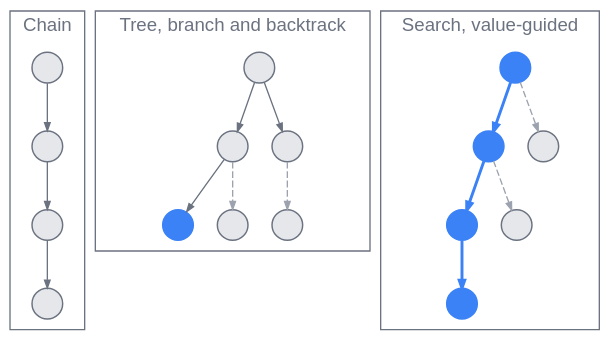
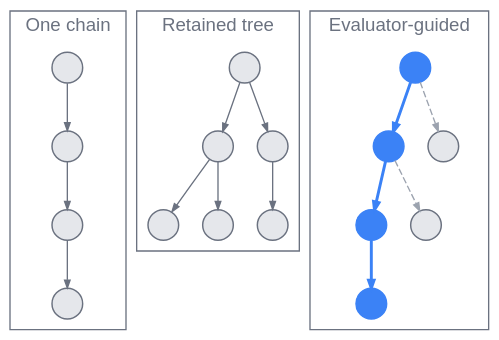
Before and after one commit to latere-ai/ai-as-an-infrastructure: the second of 3 diagrams in en/reasoning/01-eliciting-reasoning.qmd, drawn with Graphviz. The commit also changed other lines of this file and 5 other files, not shown here.

````diff
--- a/en/reasoning/01-eliciting-reasoning.qmd
+++ b/en/reasoning/01-eliciting-reasoning.qmd
@@ -148,46 +195,44 @@
 ```{dot}
 //| label: fig-eliciting-reasoning-structure
-//| fig-cap: "Chain, tree, and value-guided search as three shapes of the same reasoning space. The chain is the degenerate tree with one child per node and no backtracking. After Yao et al. (2023) and Feng et al. (2023)."
+//| fig-cap: "Three controller shapes. A chain commits to one continuation, a tree retains alternatives, and value-guided search prunes by an evaluator. The highlighted path is illustrative, not known ground truth."
 digraph G {
   rankdir=TB;
   bgcolor="transparent";
   node [shape=circle, fixedsize=true, width=0.32, label="", style=filled, fillcolor="#e5e7eb", color="#6b7280", penwidth=1.1];
   edge [arrowsize=0.6, color="#6b7280"];
 
   subgraph cluster_chain {
-    label="Chain";
+    label="One chain";
     fontname="Helvetica";
     fontcolor="#6b7280";
     color="#6b7280";
     c0 -> c1 -> c2 -> c3;
   }
 
   subgraph cluster_tree {
-    label="Tree, branch and backtrack";
+    label="Retained tree";
     fontname="Helvetica";
     fontcolor="#6b7280";
     color="#6b7280";
     t0 -> t1; t0 -> t2;
-    t1 -> t3;
-    t1 -> t4 [style=dashed, color="#9ca3af"];
-    t2 -> t5 [style=dashed, color="#9ca3af"];
-    t3 [fillcolor="#3b82f6", color="#3b82f6"];
+    t1 -> t3; t1 -> t4;
+    t2 -> t5;
   }
 
   subgraph cluster_search {
-    label="Search, value-guided";
+    label="Evaluator-guided";
     fontname="Helvetica";
     fontcolor="#6b7280";
     color="#6b7280";
     s0 -> s1 [penwidth=2.2, color="#3b82f6"];
     s0 -> s2 [style=dashed, color="#9ca3af"];
     s1 -> s3 [penwidth=2.2, color="#3b82f6"];
     s1 -> s4 [style=dashed, color="#9ca3af"];
     s3 -> s5 [penwidth=2.2, color="#3b82f6"];
     s0 [fillcolor="#3b82f6", color="#3b82f6"];
     s1 [fillcolor="#3b82f6", color="#3b82f6"];
     s3 [fillcolor="#3b82f6", color="#3b82f6"];
     s5 [fillcolor="#3b82f6", color="#3b82f6"];
   }
 }
 ```
````
